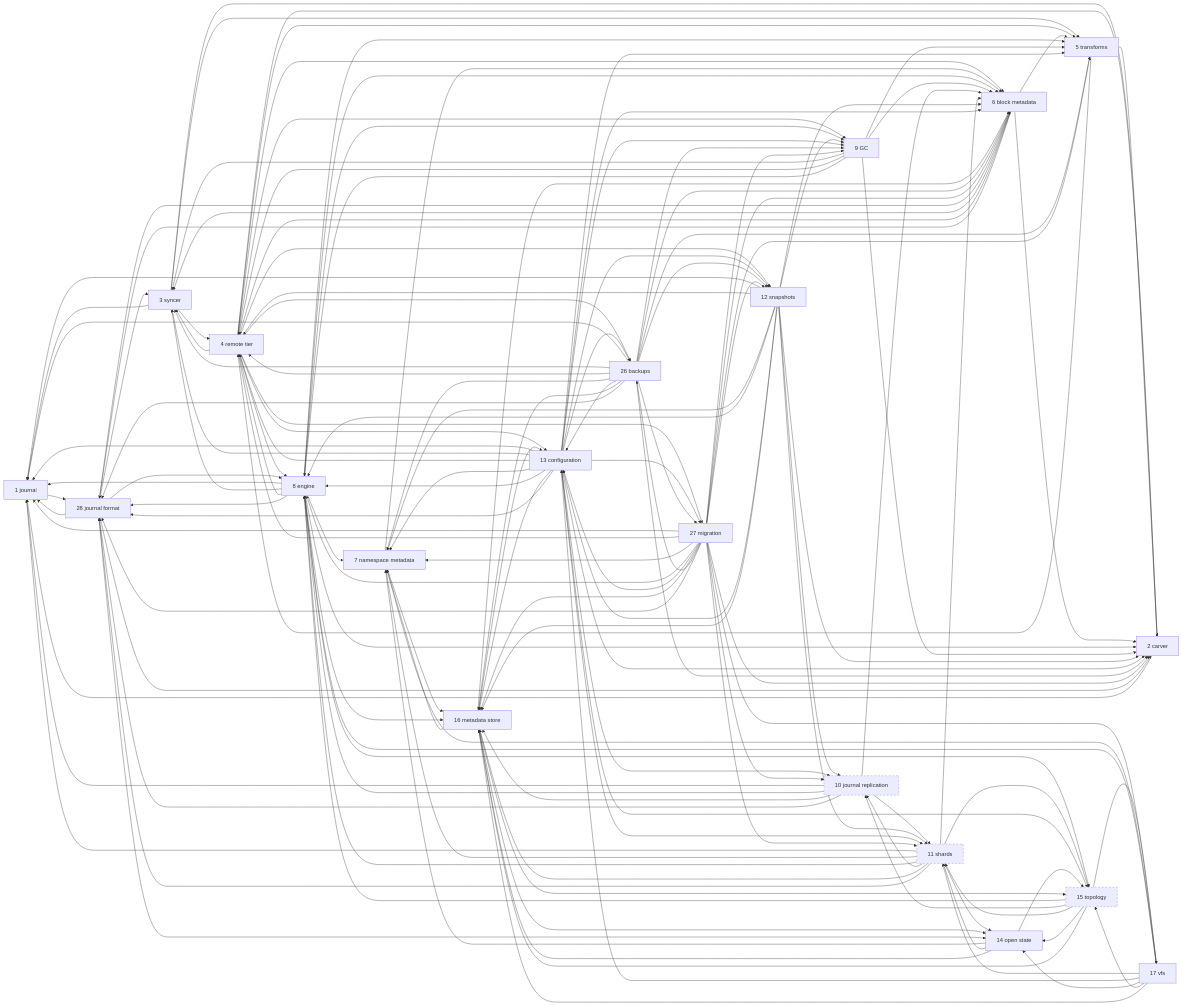
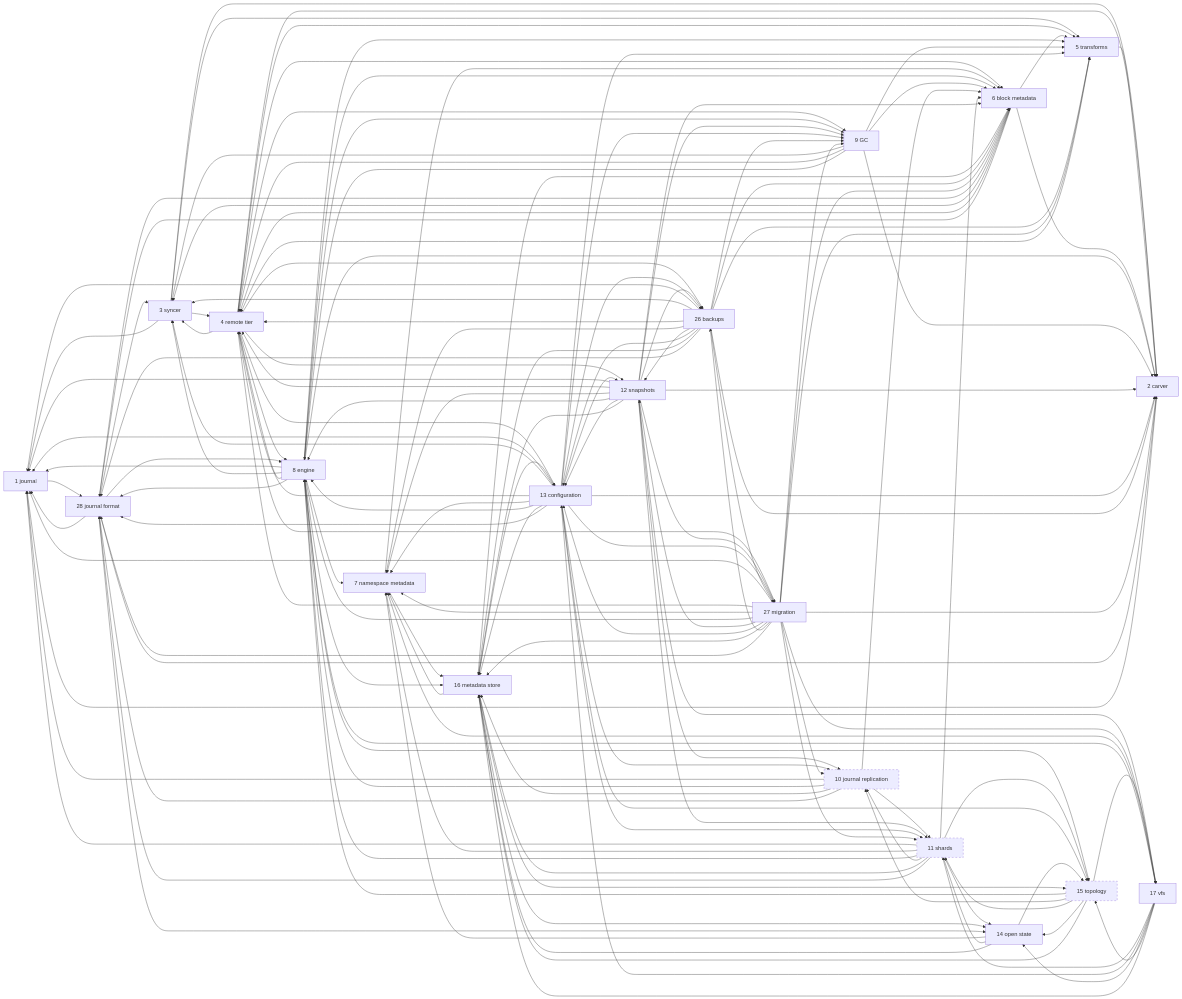
The diagram in docs/internals/rfcs/rfc-index.md (marmos91/dittofs), drawn with Mermaid before and after one commit. The commit also changed other lines of this file and 21 other files, not shown here.

````diff
--- a/docs/internals/rfcs/rfc-index.md
+++ b/docs/internals/rfcs/rfc-index.md
@@ -72,26 +72,26 @@
 ```mermaid
 graph LR
   R1["1 journal"] --> R28
   R2["2 carver"] --> R1
   R3["3 syncer"] --> R1 & R2 & R4 & R5
   R4["4 remote tier"] --> R2 & R3 & R5 & R6 & R8 & R9 & R12 & R13 & R26 & R27
   R5["5 transforms"] --> R2 & R4
   R6["6 block metadata"] --> R2 & R3 & R4 & R5 & R28
   R7["7 namespace metadata"] --> R6 & R16
   R8["8 engine"] --> R1 & R2 & R3 & R4 & R5 & R6 & R7 & R9 & R15 & R16 & R28
   R9["9 GC"] --> R2 & R3 & R4 & R5 & R6 & R8
   R10["10 journal replication"] --> R1 & R6 & R8 & R11 & R16 & R28
   R11["11 shards"] --> R1 & R6 & R7 & R8 & R10 & R14 & R15 & R16 & R28
-  R12["12 snapshots"] --> R1 & R2 & R4 & R6 & R7 & R8 & R9 & R10 & R11 & R13 & R16
-  R13["13 configuration"] --> R1 & R2 & R3 & R4 & R5 & R6 & R7 & R8 & R9 & R10 & R11 & R12 & R15 & R16 & R26 & R27 & R28
+  R12["12 snapshots"] --> R1 & R2 & R4 & R6 & R7 & R8 & R9 & R10 & R11 & R13 & R16 & R17 & R26 & R27
+  R13["13 configuration"] --> R1 & R2 & R3 & R4 & R5 & R7 & R8 & R9 & R10 & R11 & R12 & R15 & R16 & R26 & R27 & R28
   R14["14 open state"] --> R7 & R11 & R15 & R16
   R15["15 topology"] --> R8 & R10 & R11 & R14 & R16 & R17
   R16["16 metadata store"] --> R6 & R7 & R13 & R14 & R15
   R17["17 vfs"] --> R7 & R8 & R11 & R13 & R14 & R15 & R16
   R26["26 backups"] --> R1 & R2 & R3 & R4 & R5 & R6 & R7 & R9 & R12 & R13 & R16 & R27 & R28
   R27["27 migration"] --> R1 & R2 & R4 & R5 & R6 & R7 & R8 & R9 & R10 & R11 & R12 & R13 & R16 & R17 & R26 & R28
   R28["28 journal format"] --> R1 & R2 & R3 & R6 & R8 & R14
   style R10 stroke-dasharray: 5 5
   style R11 stroke-dasharray: 5 5
   style R15 stroke-dasharray: 5 5
 ```
````
